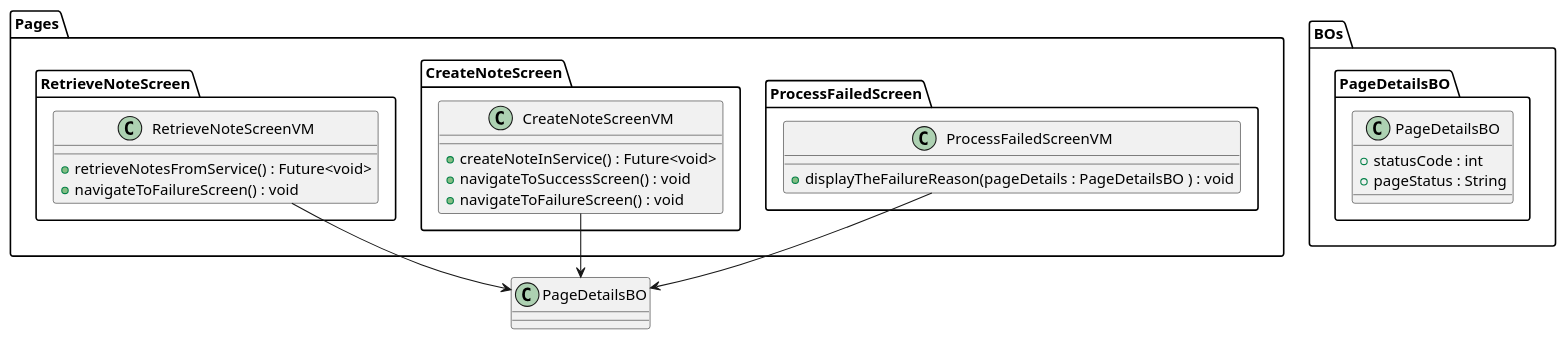
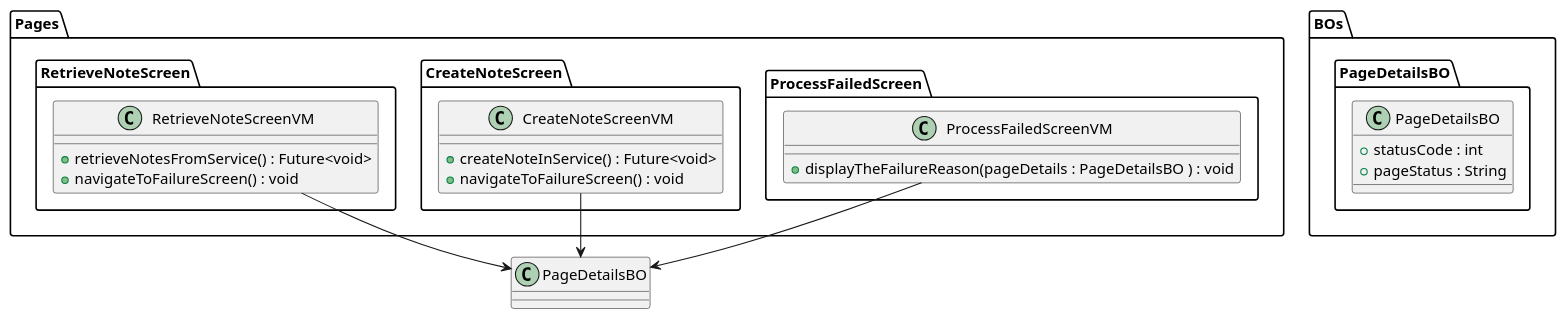
One commit to Judirebecca/Notes-application changed the diagram in lib/BOs/PageDetailsBO/Design/PageDetailsBO-Class.puml. Above: the diagram before and after it, drawn with PlantUML.

Commit message:
error rectified

```diff
--- a/lib/BOs/PageDetailsBO/Design/PageDetailsBO-Class.puml
+++ b/lib/BOs/PageDetailsBO/Design/PageDetailsBO-Class.puml
@@ -1,33 +1,32 @@
 @startuml PageDetailsBO - Class Diagram
 package BOs{
     package PageDetailsBO{
         class PageDetailsBO{
             + statusCode : int
             + pageStatus : String
         }
     }
 }
 package Pages{
     package ProcessFailedScreen{
         class ProcessFailedScreenVM{
             + displayTheFailureReason(pageDetails : PageDetailsBO ) : void
         }
     }
     package CreateNoteScreen{
         class CreateNoteScreenVM{
             + createNoteInService() : Future<void>
-            + navigateToSuccessScreen() : void
             + navigateToFailureScreen() : void
         }
     }
     package RetrieveNoteScreen{
         class RetrieveNoteScreenVM{
             + retrieveNotesFromService() : Future<void>
             + navigateToFailureScreen() : void
         }
     }
 }
 RetrieveNoteScreenVM --> PageDetailsBO
 CreateNoteScreenVM --> PageDetailsBO
 ProcessFailedScreenVM --> PageDetailsBO
 @enduml
```
